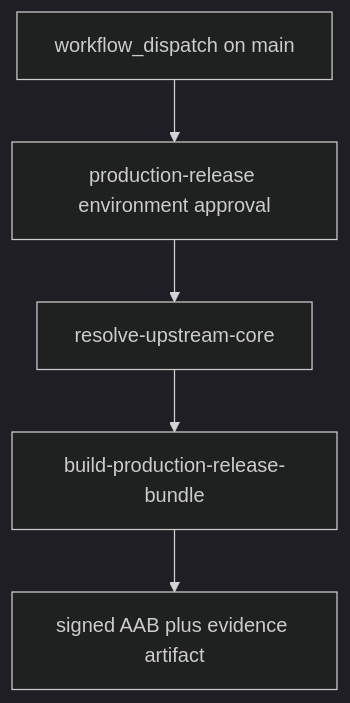
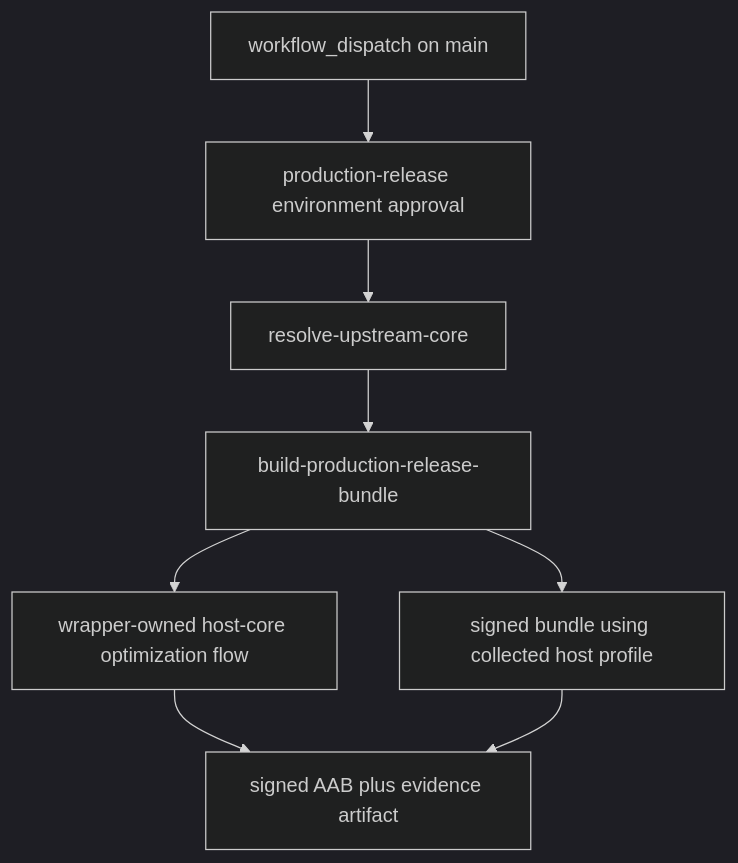
One commit to ppigazzini/r47zen changed the second of 2 diagrams in android/docs/dev/70-ci-and-release-workflow.md. Above: the diagram before and after it, drawn with Mermaid (dark theme). The commit also changed other lines of this file and 4 other files, not shown here.

First line of the commit message:
ci: align release bundle lane with host-core PGO flow

````diff
--- a/android/docs/dev/70-ci-and-release-workflow.md
+++ b/android/docs/dev/70-ci-and-release-workflow.md
@@ -212,10 +214,16 @@
 ```mermaid
 flowchart TD
   A[workflow_dispatch on main]
   B[production-release environment approval]
   C[resolve-upstream-core]
   D[build-production-release-bundle]
-  E[signed AAB plus evidence artifact]
+  E[wrapper-owned host-core optimization flow]
+  F[signed bundle using collected host profile]
+  G[signed AAB plus evidence artifact]
 
-  A --> B --> C --> D --> E
+  A --> B --> C --> D
+  D --> E
+  D --> F
+  E --> G
+  F --> G
 ```
````
